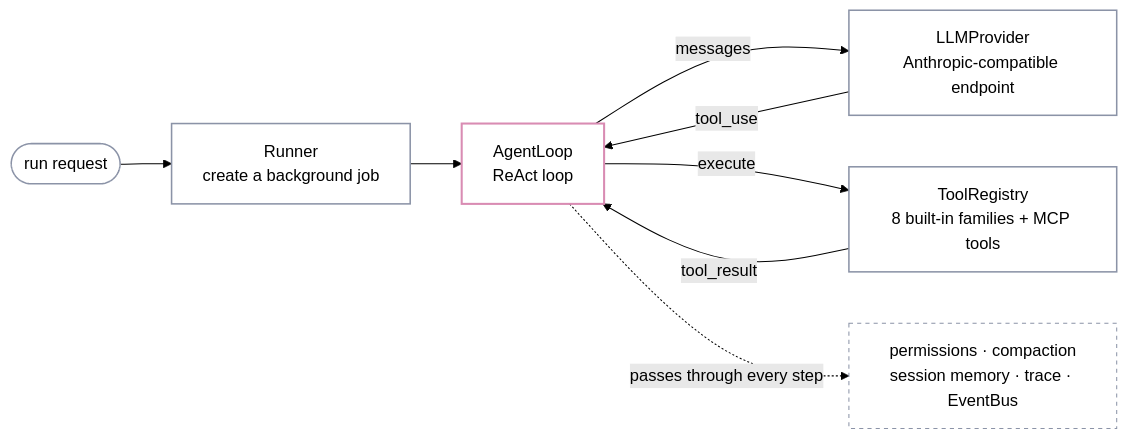
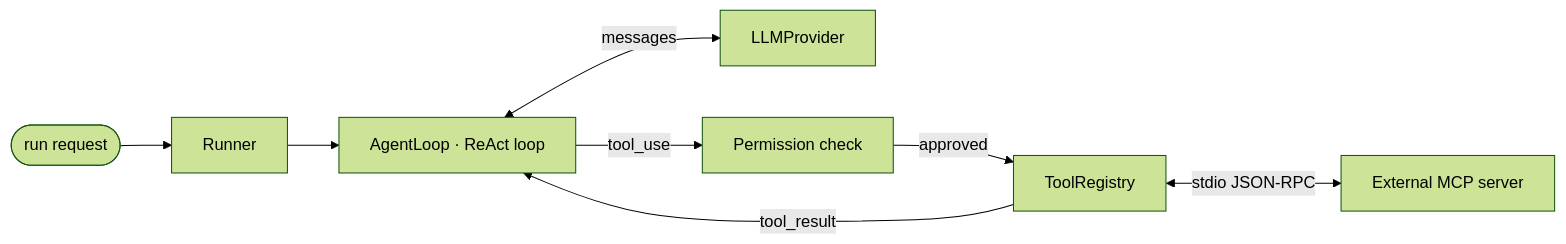
The second of 2 diagrams in README_EN.md (Nijikasuki/AemeathCode), drawn with Mermaid (forest theme) before and after one commit. The commit also changed other lines of this file and 4 other files, not shown here.

First line of the commit message:
docs: README 去掉正文加粗,重画架构图,替换截图

````diff
--- a/README_EN.md
+++ b/README_EN.md
@@ -200,17 +195,10 @@
 ```mermaid
 flowchart LR
-    IN(["run request"]) --> RUNNER["Runner<br/>create a background job"]
-    RUNNER --> LOOP["AgentLoop<br/>ReAct loop"]
-    LOOP -->|"messages"| PROV["LLMProvider<br/>Anthropic-compatible endpoint"]
-    PROV -->|"tool_use"| LOOP
-    LOOP -->|"execute"| TOOLS["ToolRegistry<br/>8 built-in families + MCP tools"]
+    IN(["run request"]) --> RUNNER["Runner"]
+    RUNNER --> LOOP["AgentLoop · ReAct loop"]
+    LOOP <-->|"messages"| PROV["LLMProvider"]
+    LOOP -->|"tool_use"| PERM["Permission check"]
+    PERM -->|"approved"| TOOLS["ToolRegistry"]
     TOOLS -->|"tool_result"| LOOP
-    LOOP -.->|"passes through every step"| SVC["permissions · compaction<br/>session memory · trace · EventBus"]
-
-    classDef box fill:none,stroke:#8b93a7,stroke-width:1.5px
-    classDef hot fill:none,stroke:#d98cb3,stroke-width:2px
-    classDef side fill:none,stroke:#8b93a7,stroke-width:1px,stroke-dasharray:4 4
-    class IN,RUNNER,PROV,TOOLS box
-    class LOOP hot
-    class SVC side
+    TOOLS <-->|"stdio JSON-RPC"| MCP["External MCP server"]
 ```
````
